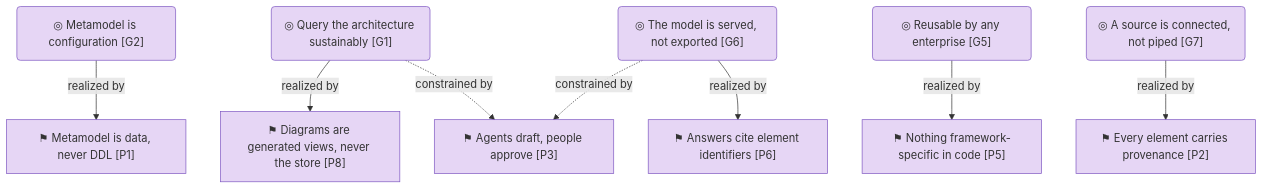
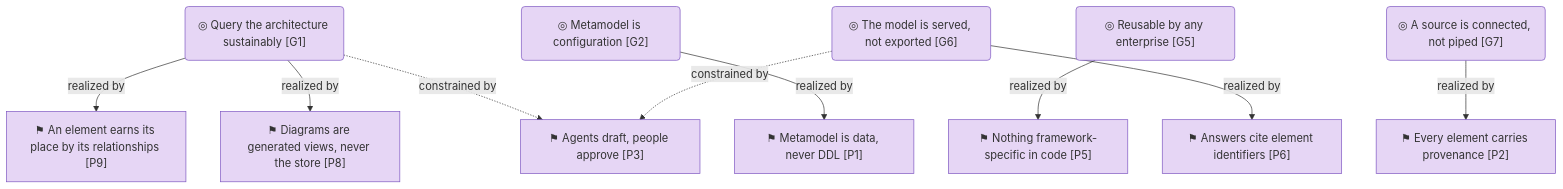
Before and after one commit to roanboc/dbx-enterprise-architecture: the fourth of 4 diagrams in architecture/1_strategy/1_motivation.md, drawn with Mermaid. The commit also changed other lines of this file and 10 other files, not shown here.

First line of the commit message:
docs(architecture): initiative 23, principle P9 for Direction; initiative 24 widened

````diff
--- a/architecture/1_strategy/1_motivation.md
+++ b/architecture/1_strategy/1_motivation.md
@@ -141,23 +141,25 @@
 ```mermaid
 flowchart TB
   g1("◎ Query the architecture sustainably [G1]"):::motivation
   g2("◎ Metamodel is configuration [G2]"):::motivation
   g5("◎ Reusable by any enterprise [G5]"):::motivation
   g6("◎ The model is served, not exported [G6]"):::motivation
   g7("◎ A source is connected, not piped [G7]"):::motivation
   p1["⚑ Metamodel is data, never DDL [P1]"]:::motivation
   p2["⚑ Every element carries provenance [P2]"]:::motivation
   p3["⚑ Agents draft, people approve [P3]"]:::motivation
   p5["⚑ Nothing framework-specific in code [P5]"]:::motivation
   p6["⚑ Answers cite element identifiers [P6]"]:::motivation
   p8["⚑ Diagrams are generated views, never the store [P8]"]:::motivation
+  p9["⚑ An element earns its place by its relationships [P9]"]:::motivation
   g2 -->|realized by| p1
+  g1 -->|realized by| p9
   g5 -->|realized by| p5
   g1 -->|realized by| p8
   g6 -->|realized by| p6
   g7 -->|realized by| p2
   g1 -.->|constrained by| p3
   g6 -.->|constrained by| p3
 
   classDef motivation fill:#e6d6f5,stroke:#7e57c2,color:#333
 ```
````
